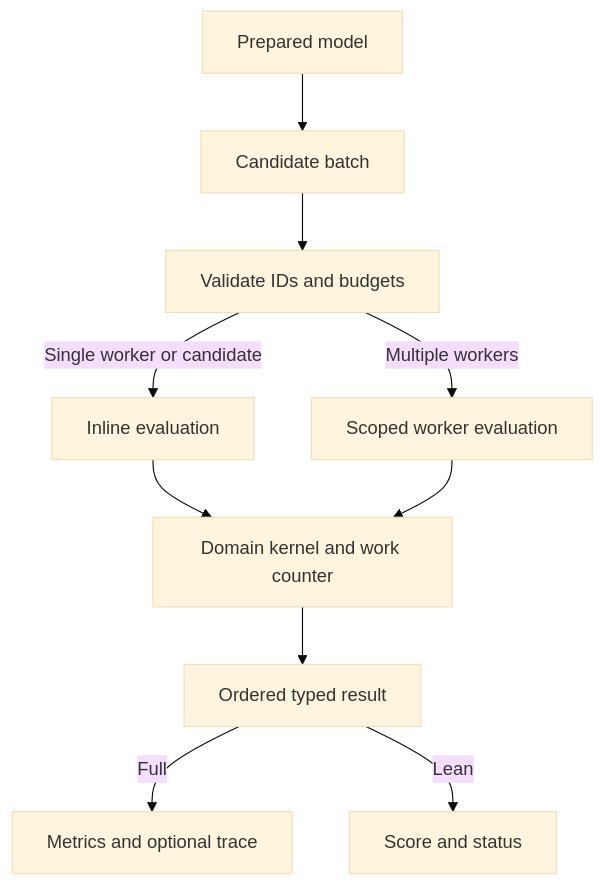
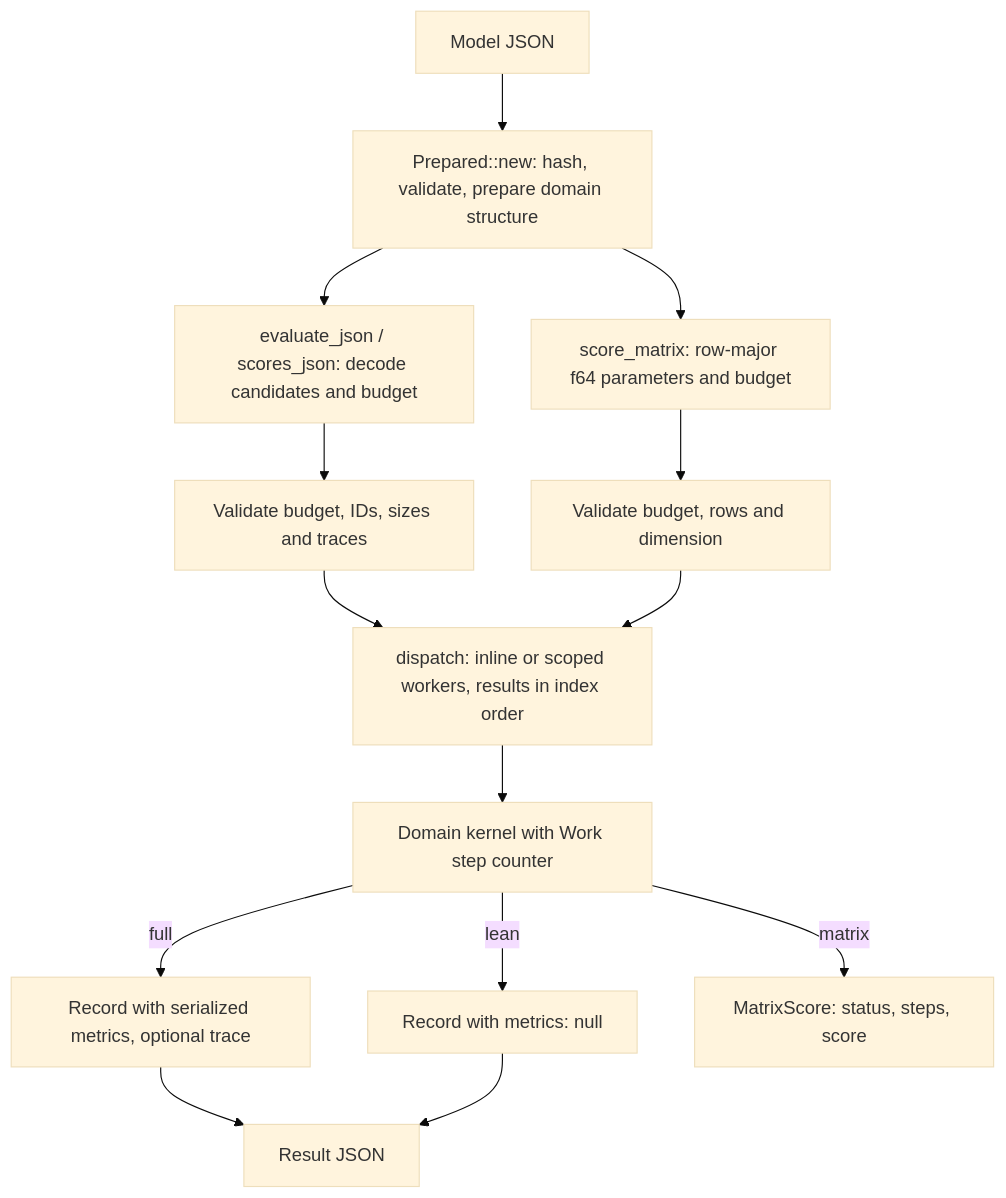
One commit to dietmarwo/population-epidemiology changed the diagram in docs/architecture.md. Above: the diagram before and after it, drawn with Mermaid (base theme). The commit also changed other lines of this file and 42 other files, not shown here.

````diff
--- a/docs/architecture.md
+++ b/docs/architecture.md
@@ -7,12 +12,16 @@
 ```mermaid
 flowchart TD
-    P["Prepared model"] --> B["Candidate batch"]
-    B --> V["Validate IDs and budgets"]
-    V -->|Single worker or candidate| S["Inline evaluation"]
-    V -->|Multiple workers| W["Scoped worker evaluation"]
-    S --> D["Domain kernel and work counter"]
+    M["Model JSON"] --> P["Prepared::new: hash, validate, prepare domain structure"]
+    P --> J["evaluate_json / scores_json: decode candidates and budget"]
+    P --> X["score_matrix: row-major f64 parameters and budget"]
+    J --> V["Validate budget, IDs, sizes and traces"]
+    X --> W["Validate budget, rows and dimension"]
+    V --> D["dispatch: inline or scoped workers, results in index order"]
     W --> D
-    D --> R["Ordered typed result"]
-    R -->|Full| F["Metrics and optional trace"]
-    R -->|Lean| L["Score and status"]
+    D --> K["Domain kernel with Work step counter"]
+    K -->|full| F["Record with serialized metrics, optional trace"]
+    K -->|lean| L["Record with metrics: null"]
+    K -->|matrix| S["MatrixScore: status, steps, score"]
+    F --> O["Result JSON"]
+    L --> O
 ```
````
